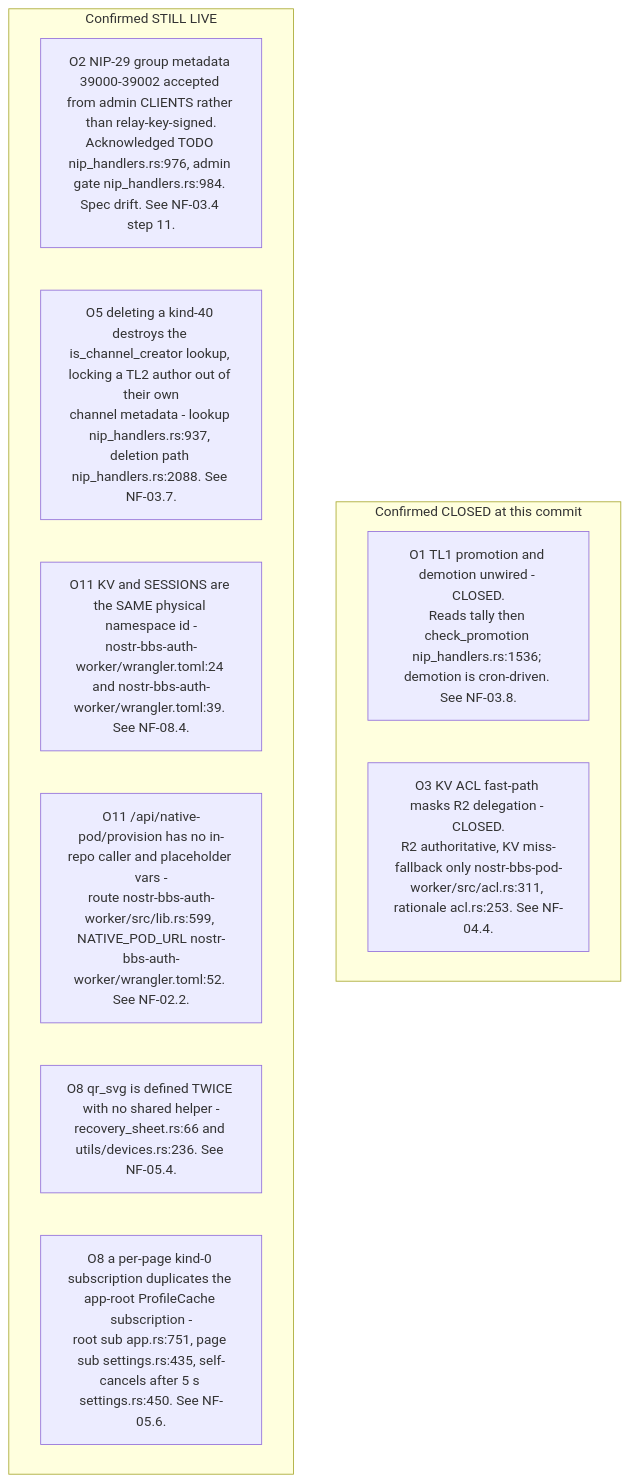
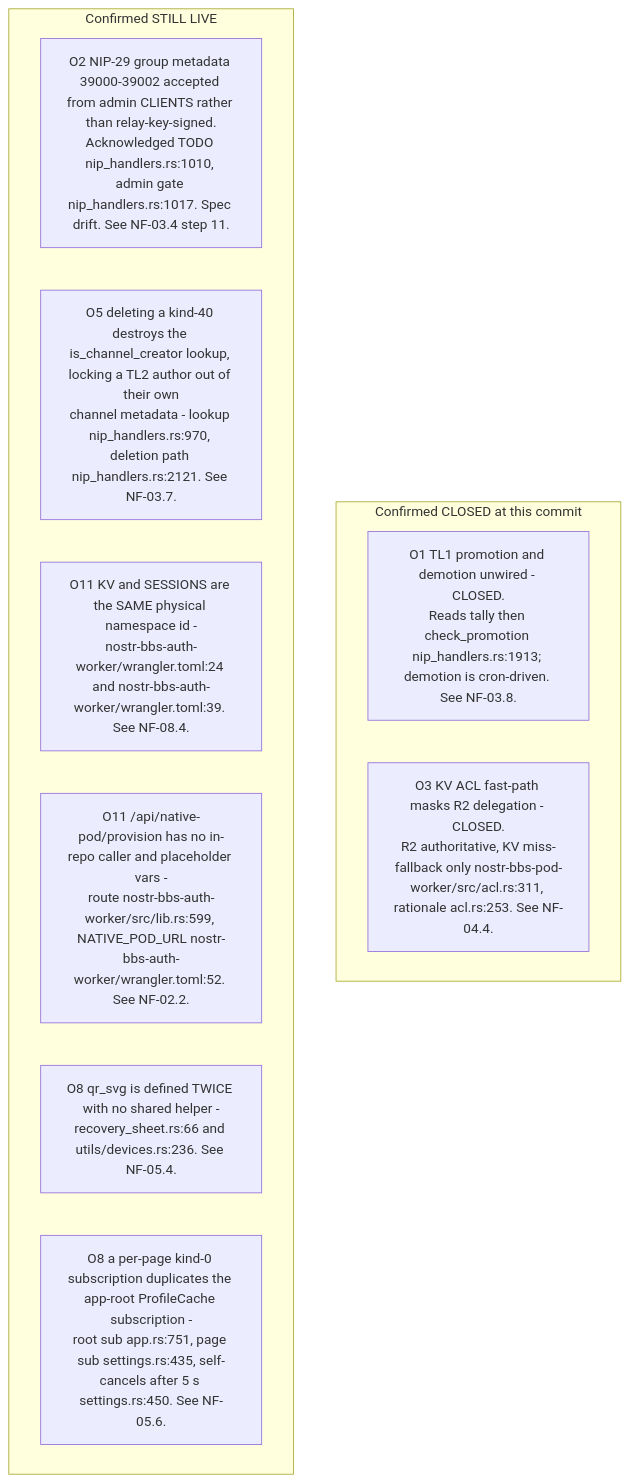
The third of 10 diagrams in docs/diagrams/nostr-rust-forum/10-invariants-and-anomaly-register.md (DreamLab-AI/VisionFlow), drawn with Mermaid before and after one commit. The commit also changed other lines of this file and 111 other files, not shown here.

Commit message:
docs(diagrams): align estate maps with current source

````diff
--- a/docs/diagrams/nostr-rust-forum/10-invariants-and-anomaly-register.md
+++ b/docs/diagrams/nostr-rust-forum/10-invariants-and-anomaly-register.md
@@ -91,15 +93,15 @@
 ```mermaid
 flowchart TB
     subgraph closed["Confirmed CLOSED at this commit"]
-        O1["O1 TL1 promotion and demotion unwired - CLOSED.<br/>Reads tally then check_promotion nip_handlers.rs:1536; demotion is cron-driven. See NF-03.8."]
+        O1["O1 TL1 promotion and demotion unwired - CLOSED.<br/>Reads tally then check_promotion nip_handlers.rs:1913; demotion is cron-driven. See NF-03.8."]
         O3["O3 KV ACL fast-path masks R2 delegation - CLOSED.<br/>R2 authoritative, KV miss-fallback only nostr-bbs-pod-worker/src/acl.rs:311, rationale acl.rs:253. See NF-04.4."]
     end
     subgraph live["Confirmed STILL LIVE"]
-        O2["O2 NIP-29 group metadata 39000-39002 accepted from admin CLIENTS rather than relay-key-signed.<br/>Acknowledged TODO nip_handlers.rs:976, admin gate nip_handlers.rs:984. Spec drift. See NF-03.4 step 11."]
-        O5["O5 deleting a kind-40 destroys the is_channel_creator lookup, locking a TL2 author out of their own<br/>channel metadata - lookup nip_handlers.rs:937, deletion path nip_handlers.rs:2088. See NF-03.7."]
+        O2["O2 NIP-29 group metadata 39000-39002 accepted from admin CLIENTS rather than relay-key-signed.<br/>Acknowledged TODO nip_handlers.rs:1010, admin gate nip_handlers.rs:1017. Spec drift. See NF-03.4 step 11."]
+        O5["O5 deleting a kind-40 destroys the is_channel_creator lookup, locking a TL2 author out of their own<br/>channel metadata - lookup nip_handlers.rs:970, deletion path nip_handlers.rs:2121. See NF-03.7."]
         O11a["O11 KV and SESSIONS are the SAME physical namespace id -<br/>nostr-bbs-auth-worker/wrangler.toml:24 and nostr-bbs-auth-worker/wrangler.toml:39. See NF-08.4."]
         O11b["O11 /api/native-pod/provision has no in-repo caller and placeholder vars -<br/>route nostr-bbs-auth-worker/src/lib.rs:599, NATIVE_POD_URL nostr-bbs-auth-worker/wrangler.toml:52. See NF-02.2."]
         O8a["O8 qr_svg is defined TWICE with no shared helper -<br/>recovery_sheet.rs:66 and utils/devices.rs:236. See NF-05.4."]
         O8b["O8 a per-page kind-0 subscription duplicates the app-root ProfileCache subscription -<br/>root sub app.rs:751, page sub settings.rs:435, self-cancels after 5 s settings.rs:450. See NF-05.6."]
     end
 ```
````
